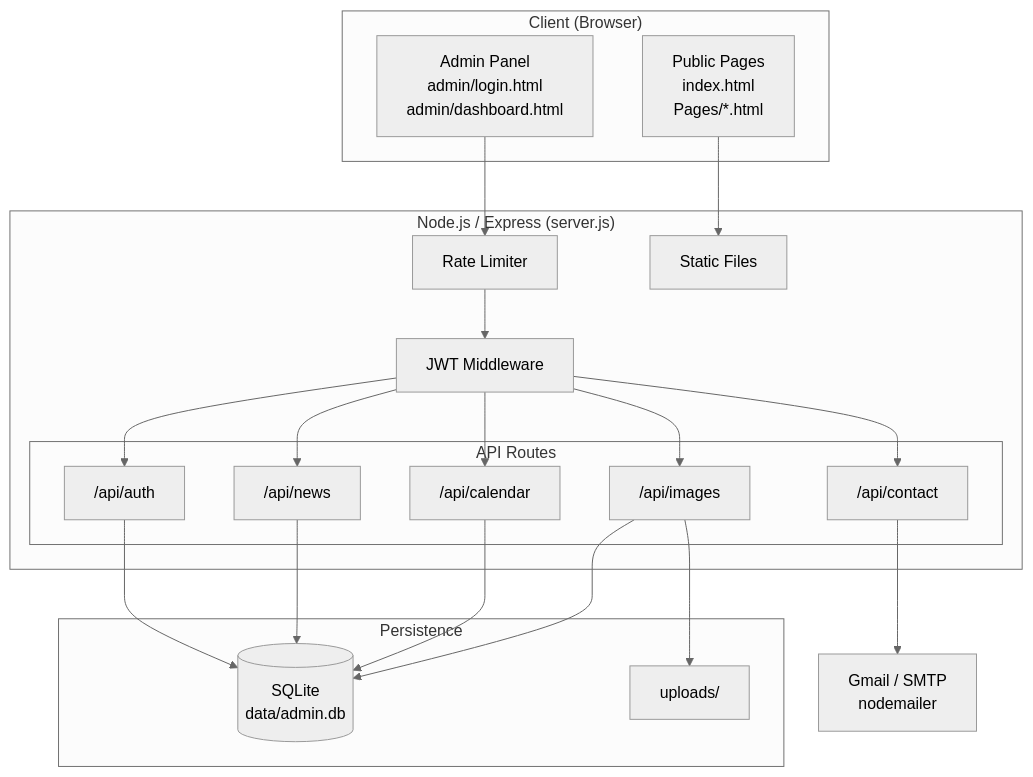
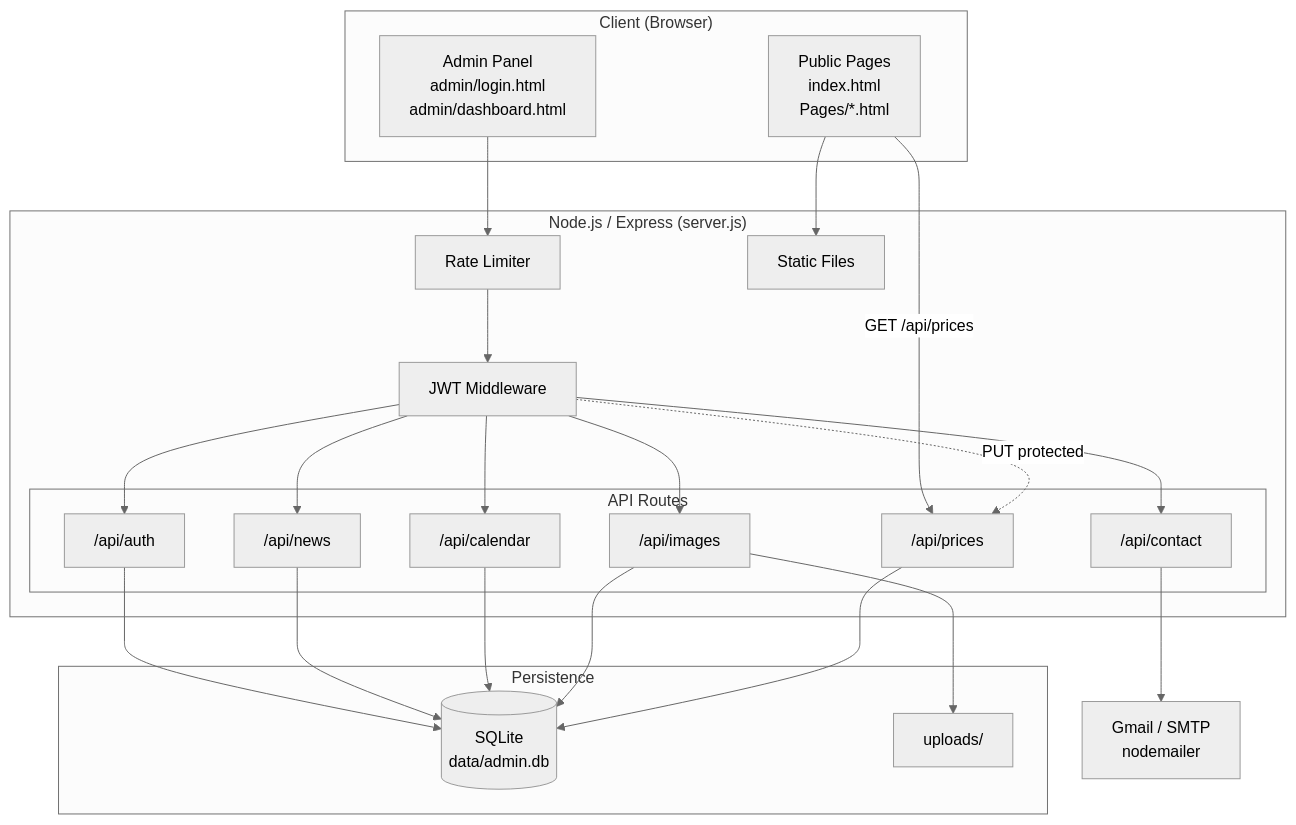
One commit to aairom/ajj-clone changed the first of 2 diagrams in README.md. Above: the diagram before and after it, drawn with Mermaid (neutral theme). The commit also changed other lines of this file and 13 other files, not shown here.

````diff
--- a/README.md
+++ b/README.md
@@ -9,35 +9,38 @@
 ```mermaid
 graph TB
     subgraph Client["Client (Browser)"]
         PUB[Public Pages<br/>index.html<br/>Pages/*.html]
         ADM[Admin Panel<br/>admin/login.html<br/>admin/dashboard.html]
     end
 
     subgraph Server["Node.js / Express (server.js)"]
         RL[Rate Limiter]
         AUTH_MW[JWT Middleware]
         STATIC[Static Files]
 
         subgraph Routes["API Routes"]
             R_AUTH["/api/auth"]
             R_NEWS["/api/news"]
             R_CAL["/api/calendar"]
             R_CONTACT["/api/contact"]
             R_IMG["/api/images"]
+            R_PRC["/api/prices"]
         end
     end
 
     subgraph Storage["Persistence"]
         DB[(SQLite<br/>data/admin.db)]
         FS[uploads/]
     end
 
     SMTP[Gmail / SMTP<br/>nodemailer]
 
     PUB --> STATIC
+    PUB -->|GET /api/prices| R_PRC
     ADM --> RL --> AUTH_MW
     AUTH_MW --> R_AUTH & R_NEWS & R_CAL & R_CONTACT & R_IMG
-    R_AUTH & R_NEWS & R_CAL & R_IMG --> DB
+    AUTH_MW -.->|PUT protected| R_PRC
+    R_AUTH & R_NEWS & R_CAL & R_IMG & R_PRC --> DB
     R_IMG --> FS
     R_CONTACT --> SMTP
 ```
````
